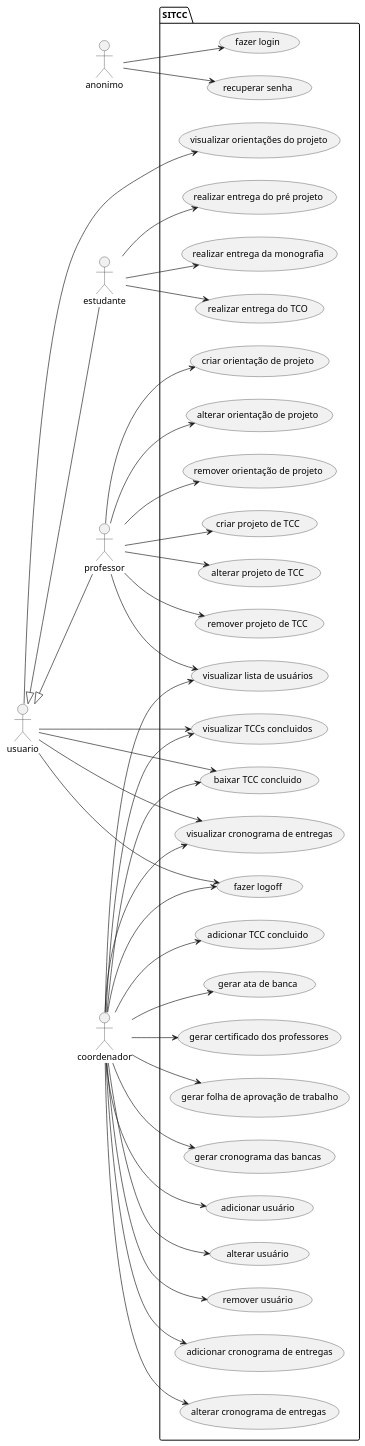
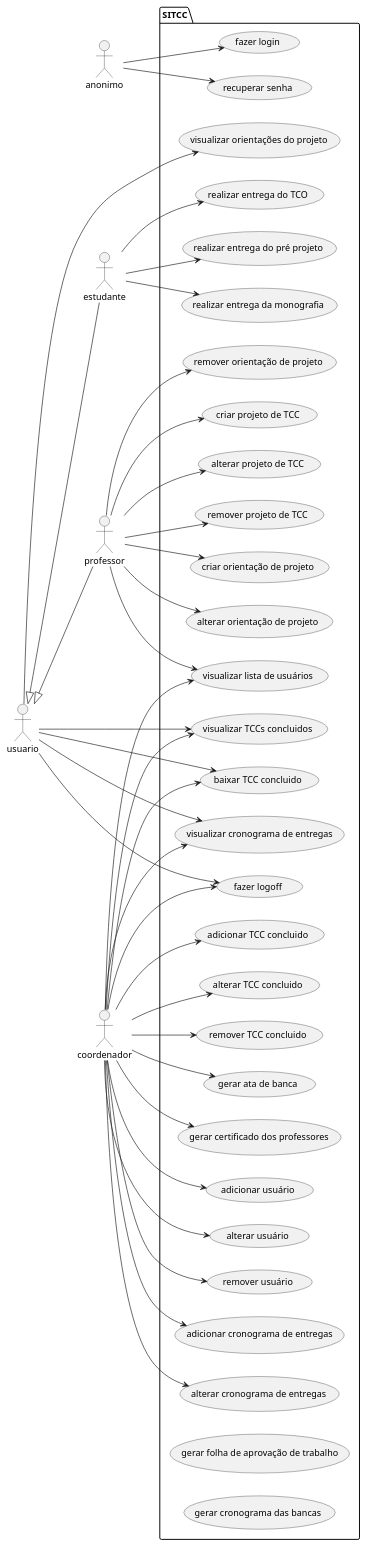
One commit to EngProjTCC/SITCC changed the diagram in reqs.md. Above: the diagram before and after it, drawn with PlantUML. The commit also changed other lines of this file, not shown here.

````diff
--- a/reqs.md
+++ b/reqs.md
@@ -21,76 +21,78 @@
 ```plantuml
 @startuml
 left to right direction
 actor anonimo as a
 actor usuario as u
 actor estudante as e
 actor professor as p
 actor coordenador as c
 
 u <|-- e
 u <|-- p
 
 package SITCC {
   usecase "recuperar senha" as UC01
   usecase "fazer login" as UC02
   usecase "fazer logoff" as UC03
   usecase "visualizar TCCs concluidos" as UC04
   usecase "baixar TCC concluido" as UC05
   usecase "visualizar orientações do projeto" as UC06
   usecase "visualizar cronograma de entregas" as UC07
   usecase "realizar entrega do TCO" as UC08
   usecase "realizar entrega do pré projeto" as UC09
   usecase "realizar entrega da monografia" as UC10
   usecase "criar projeto de TCC" as UC11  
   usecase "alterar projeto de TCC" as UC12
   usecase "remover projeto de TCC" as UC13
   usecase "criar orientação de projeto" as UC14
   usecase "alterar orientação de projeto" as UC15
   usecase "remover orientação de projeto" as UC16
   usecase "visualizar lista de usuários" as UC17
   usecase "adicionar usuário" as UC18
   usecase "alterar usuário" as UC19
   usecase "remover usuário" as UC20
   usecase "adicionar cronograma de entregas" as UC21
   usecase "alterar cronograma de entregas" as UC22
   usecase "adicionar TCC concluido" as UC23
-  usecase "gerar ata de banca" as UC24
-  usecase "gerar certificado dos professores" as UC25
-  usecase "gerar folha de aprovação de trabalho" as UC26
-  usecase "gerar cronograma das bancas" as UC27
+  usecase "alterar TCC concluido" as UC24
+  usecase "remover TCC concluido" as UC25
+  usecase "gerar ata de banca" as UC26
+  usecase "gerar certificado dos professores" as UC27
+  usecase "gerar folha de aprovação de trabalho" as UC28
+  usecase "gerar cronograma das bancas" as UC29
   
 }
 a --> UC01
 a --> UC02
 u --> UC03
 u --> UC04
 u --> UC05
 u --> UC06
 u --> UC07
 e --> UC08
 e --> UC09
 e --> UC10
 p --> UC11
 p --> UC12
 p --> UC13
 p --> UC14
 p --> UC15
 p --> UC16
 p --> UC17
 c --> UC03
 c --> UC04
 c --> UC05
 c --> UC07
 c --> UC17
 c --> UC18
 c --> UC19
 c --> UC20
 c --> UC21
 c --> UC22
 c --> UC23
 c --> UC24
 c --> UC25
 c --> UC26
 c --> UC27
 @enduml
 ```
````
